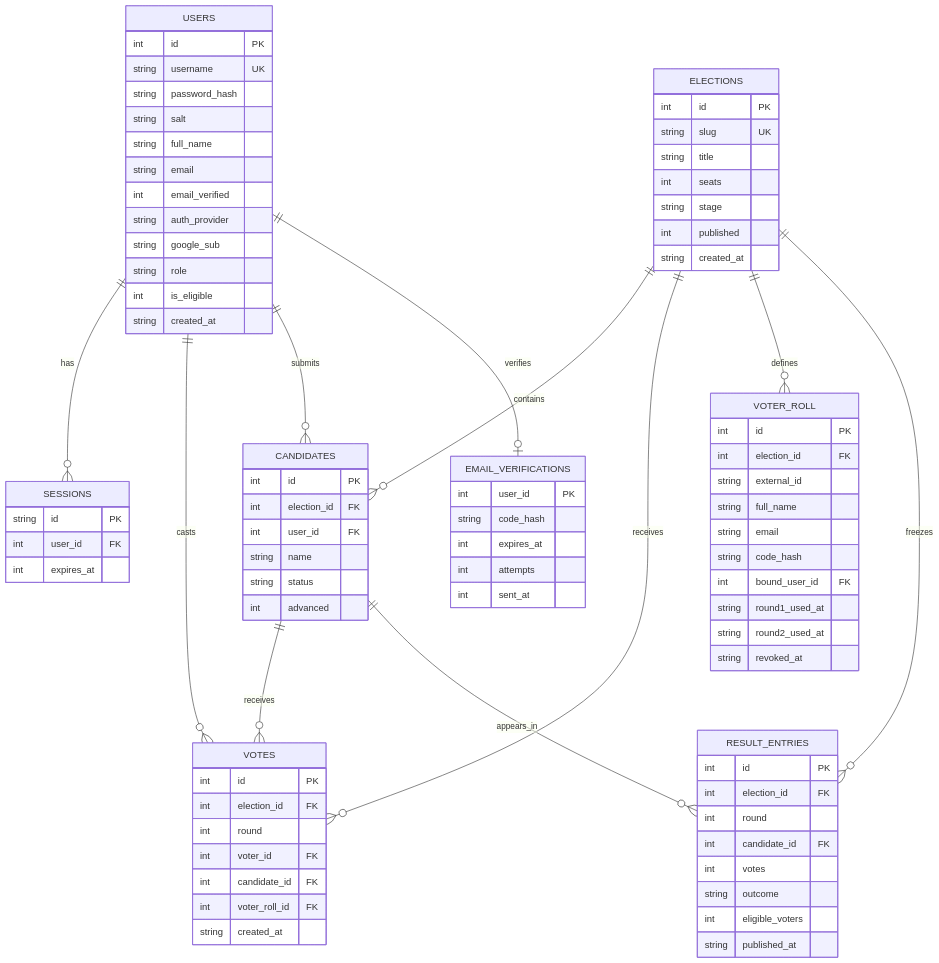
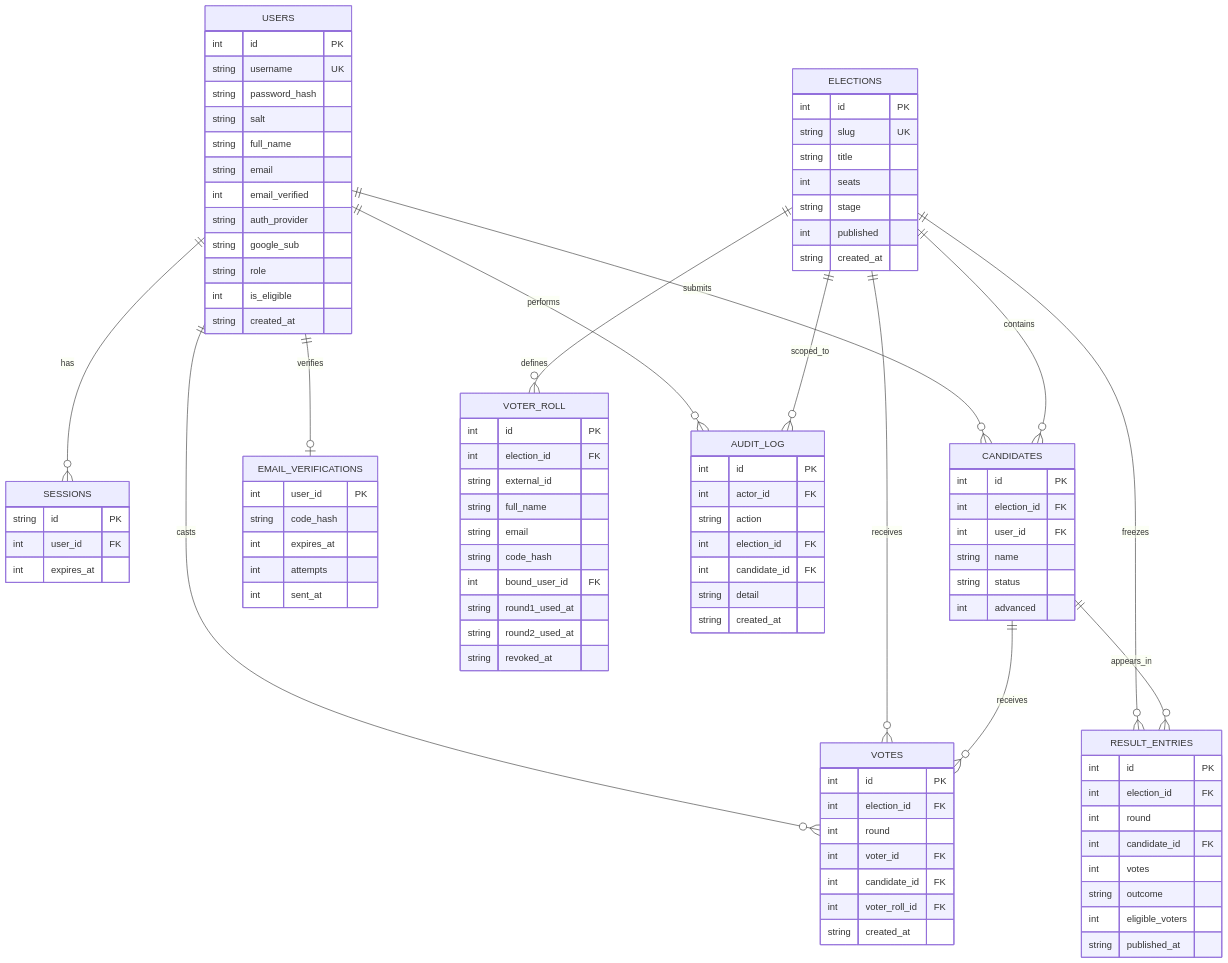
The diagram in docs/design.md (johnau958303-commits/election-system2), drawn with Mermaid before and after one commit. The commit also changed other lines of this file and 5 other files, not shown here.

Commit message:
Align documentation with audit log, voter rolls and current test results

````diff
--- a/docs/design.md
+++ b/docs/design.md
@@ -25,6 +25,8 @@
     ELECTIONS ||--o{ RESULT_ENTRIES : freezes
     CANDIDATES ||--o{ VOTES : receives
     CANDIDATES ||--o{ RESULT_ENTRIES : appears_in
+    USERS ||--o{ AUDIT_LOG : performs
+    ELECTIONS ||--o{ AUDIT_LOG : scoped_to
 
     USERS {
         int id PK
@@ -107,4 +109,14 @@
         int eligible_voters
         string published_at
     }
+
+    AUDIT_LOG {
+        int id PK
+        int actor_id FK
+        string action
+        int election_id FK
+        int candidate_id FK
+        string detail
+        string created_at
+    }
 ```
````
